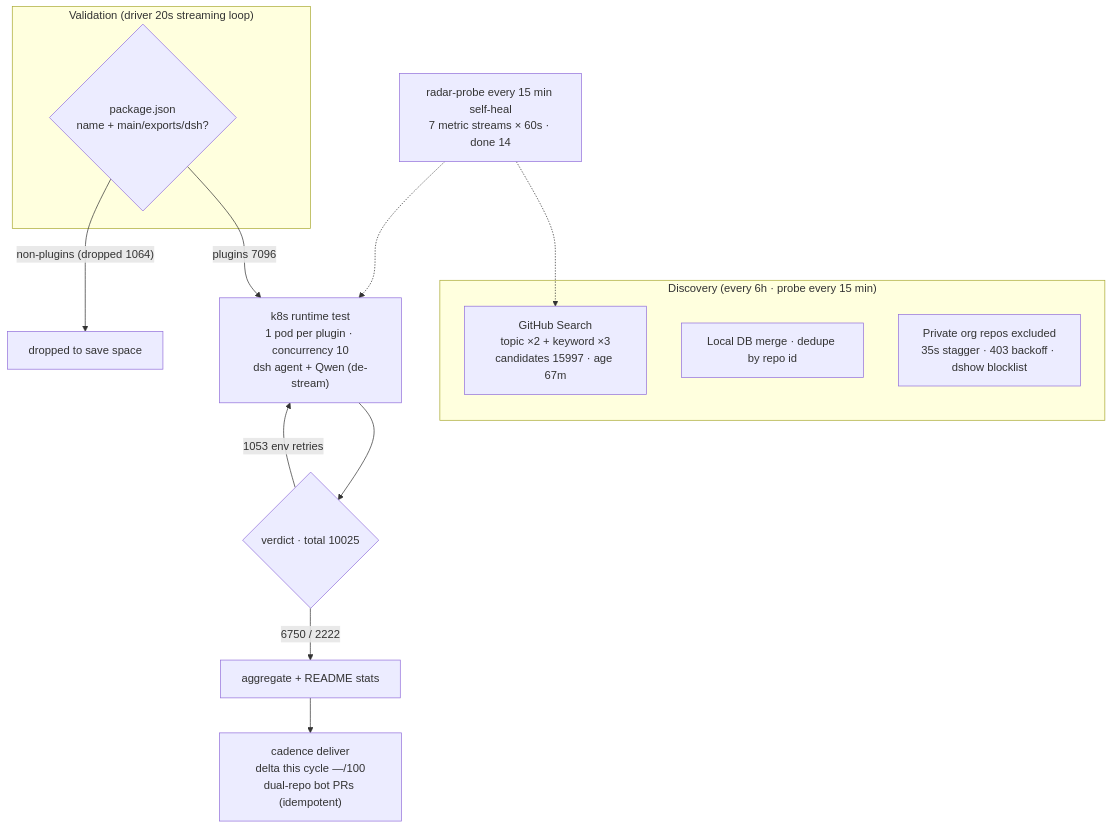
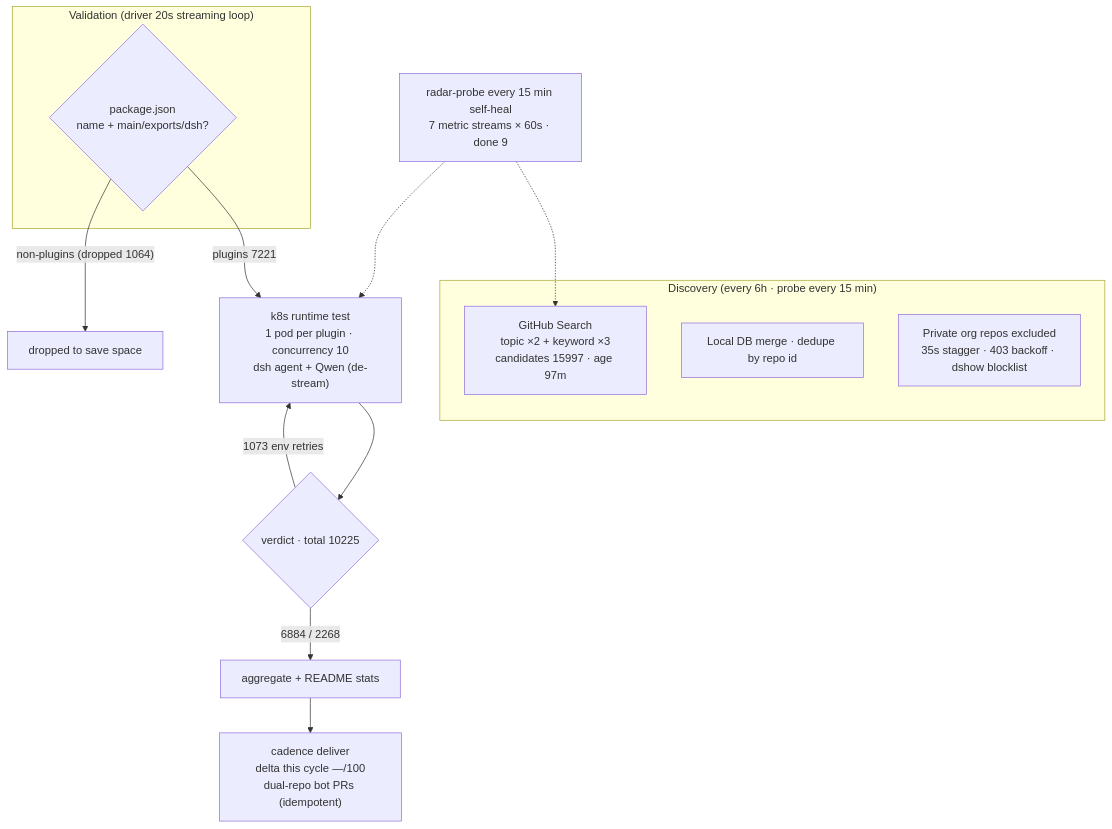
Before and after one commit to Zhidao-Lab-OSS/awesome-dsh-plugins: the diagram in README.en-US.md, drawn with Mermaid. The commit also changed other lines of this file and 4 other files, not shown here.

````diff
--- a/README.en-US.md
+++ b/README.en-US.md
@@ -30,20 +30,20 @@
 ```mermaid
 flowchart TB
     subgraph Discovery["Discovery (every 6h · probe every 15 min)"]
-        A1["GitHub Search<br/>topic ×2 + keyword ×3<br/>candidates 15997 · age 67m"]
+        A1["GitHub Search<br/>topic ×2 + keyword ×3<br/>candidates 15997 · age 97m"]
         A2["Local DB merge · dedupe by repo id"]
         A3["Private org repos excluded<br/>35s stagger · 403 backoff · dshow blocklist"]
     end
     subgraph Validation["Validation (driver 20s streaming loop)"]
         B1{"package.json<br/>name + main/exports/dsh?"}
     end
-    B1 -->|"plugins 7096"| C1["k8s runtime test<br/>1 pod per plugin · concurrency 10<br/>dsh agent + Qwen (de-stream)"]
+    B1 -->|"plugins 7221"| C1["k8s runtime test<br/>1 pod per plugin · concurrency 10<br/>dsh agent + Qwen (de-stream)"]
     B1 -->|"non-plugins (dropped 1064)"| B3["dropped to save space"]
-    C1 --> D1{"verdict · total 10025"}
-    D1 -->|"6750 / 2222"| E1["aggregate + README stats"]
-    D1 -->|"1053 env retries"| C1
+    C1 --> D1{"verdict · total 10225"}
+    D1 -->|"6884 / 2268"| E1["aggregate + README stats"]
+    D1 -->|"1073 env retries"| C1
     E1 --> E2["cadence deliver<br/>delta this cycle —/100<br/>dual-repo bot PRs (idempotent)"]
-    M["radar-probe every 15 min self-heal<br/>7 metric streams × 60s · done 14"]
+    M["radar-probe every 15 min self-heal<br/>7 metric streams × 60s · done 9"]
     M -.-> A1
     M -.-> C1
 ```
````
